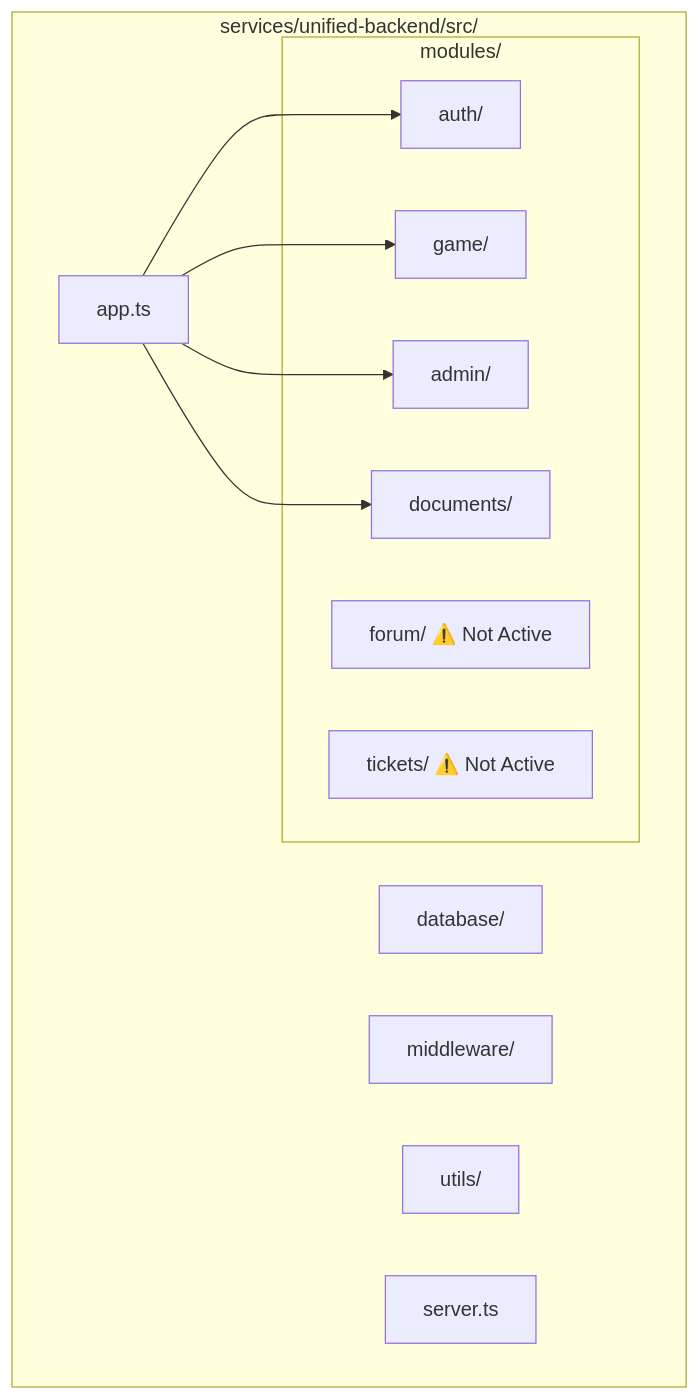
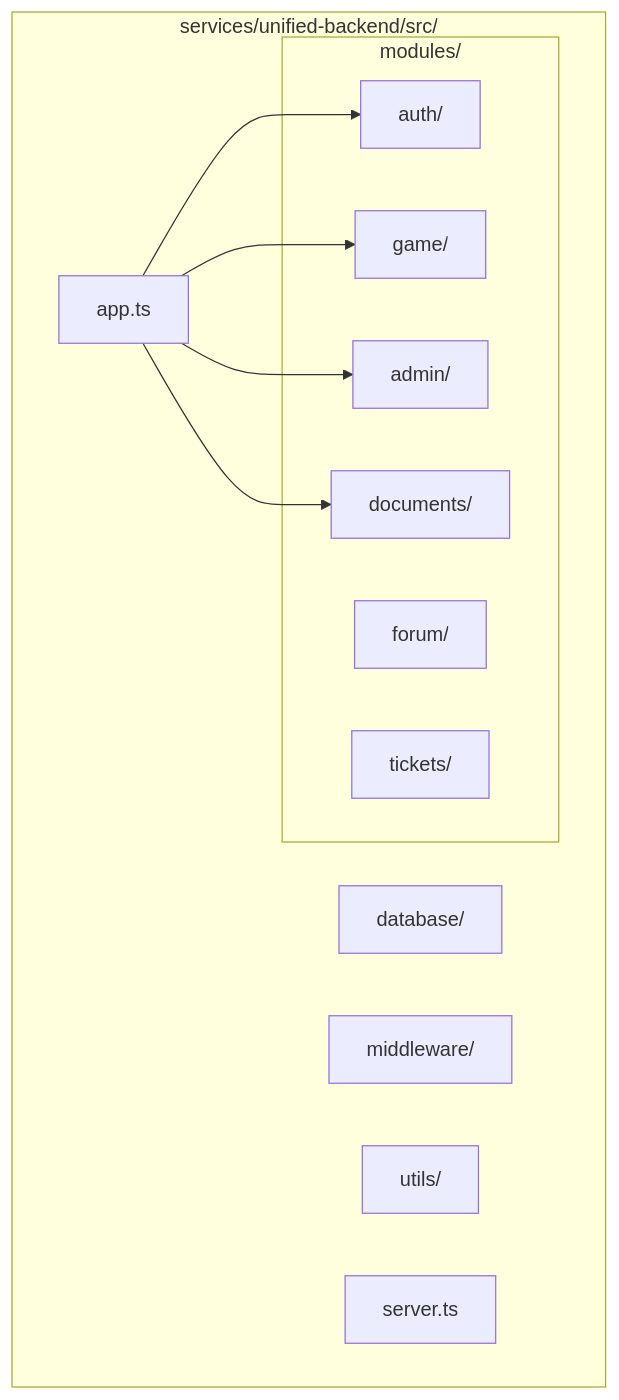
The third of 5 diagrams in docs/tecnica/backend/unified-backend.md (pagliagen/tenpennynovels), drawn with Mermaid before and after one commit. The commit also changed other lines of this file and 523 other files, not shown here.

````diff
--- a/docs/tecnica/backend/unified-backend.md
+++ b/docs/tecnica/backend/unified-backend.md
@@ -92,23 +88,23 @@
 ```mermaid
 flowchart TB
     subgraph SRC["services/unified-backend/src/"]
         subgraph MOD["modules/"]
             AUTH["auth/"]
             GAME["game/"]
             ADMIN["admin/"]
             DOCS["documents/"]
-            FORUM["forum/ ⚠️ Not Active"]
-            TICKETS["tickets/ ⚠️ Not Active"]
+            FORUM["forum/"]
+            TICKETS["tickets/"]
         end
         DB["database/"]
         MW["middleware/"]
         UTILS["utils/"]
         APP["app.ts"]
         SERVER["server.ts"]
     end
 
     APP --> AUTH
     APP --> GAME
     APP --> ADMIN
     APP --> DOCS
 ```
````
